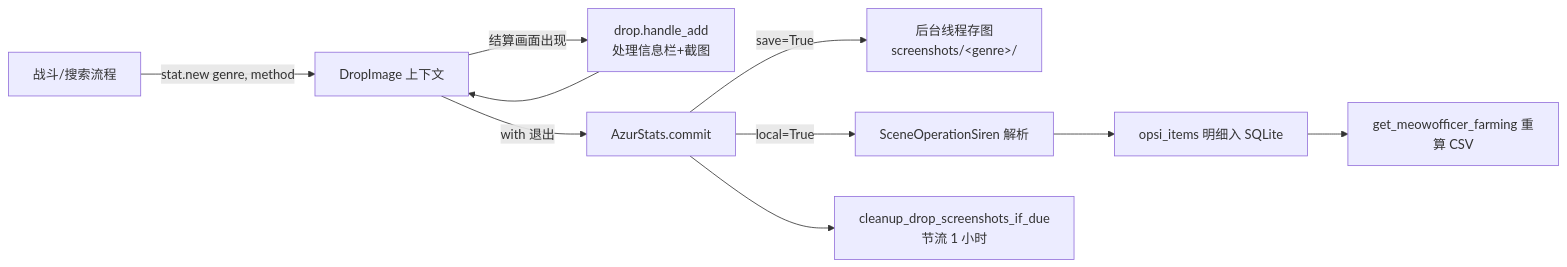
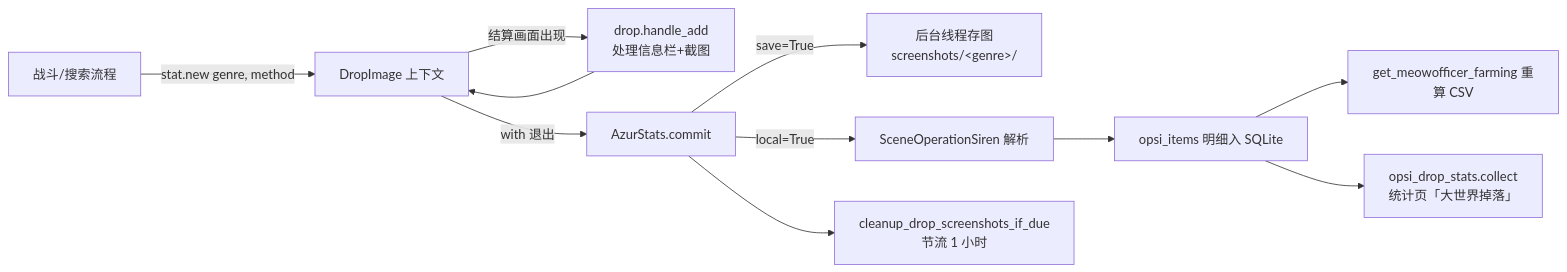
The first of 3 diagrams in docs/modules/infra/statistics.md (Beatrice-betty/AzurPilot), drawn with Mermaid before and after one commit. The commit also changed other lines of this file and 32 other files, not shown here.

````diff
--- a/docs/modules/infra/statistics.md
+++ b/docs/modules/infra/statistics.md
@@ -146,12 +149,13 @@
 ```mermaid
 flowchart LR
     A[战斗/搜索流程] -->|stat.new genre, method| B[DropImage 上下文]
     B -->|结算画面出现| C[drop.handle_add<br/>处理信息栏+截图]
     C --> B
     B -->|with 退出| D[AzurStats.commit]
     D -->|save=True| E[后台线程存图<br/>screenshots/&lt;genre&gt;/]
     D -->|local=True| F[SceneOperationSiren 解析]
     F --> G[opsi_items 明细入 SQLite]
     G --> H[get_meowofficer_farming 重算 CSV]
+    G --> J[opsi_drop_stats.collect<br/>统计页「大世界掉落」]
     D --> I[cleanup_drop_screenshots_if_due<br/>节流 1 小时]
 ```
````
